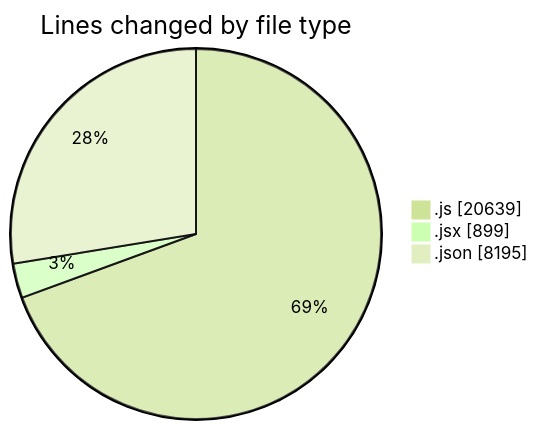
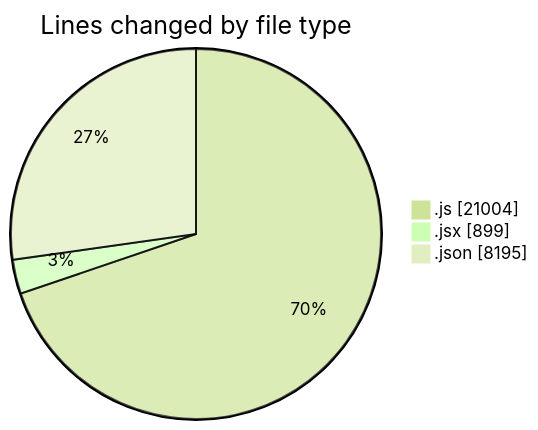
The first of 2 diagrams in 2025-12-09/nxtqube_webapp/README.md (nxtqubesakshisongat/code-tracking), drawn with Mermaid (forest theme) before and after one commit. The commit also changed other lines of this file and 1 other file, not shown here.

````diff
--- a/2025-12-09/nxtqube_webapp/README.md
+++ b/2025-12-09/nxtqube_webapp/README.md
@@ -24,7 +25,7 @@
 ```mermaid
 pie showData
 title Lines changed by file type
-".js" : 20639
+".js" : 21004
 ".jsx" : 899
 ".json" : 8195
 ```
````
